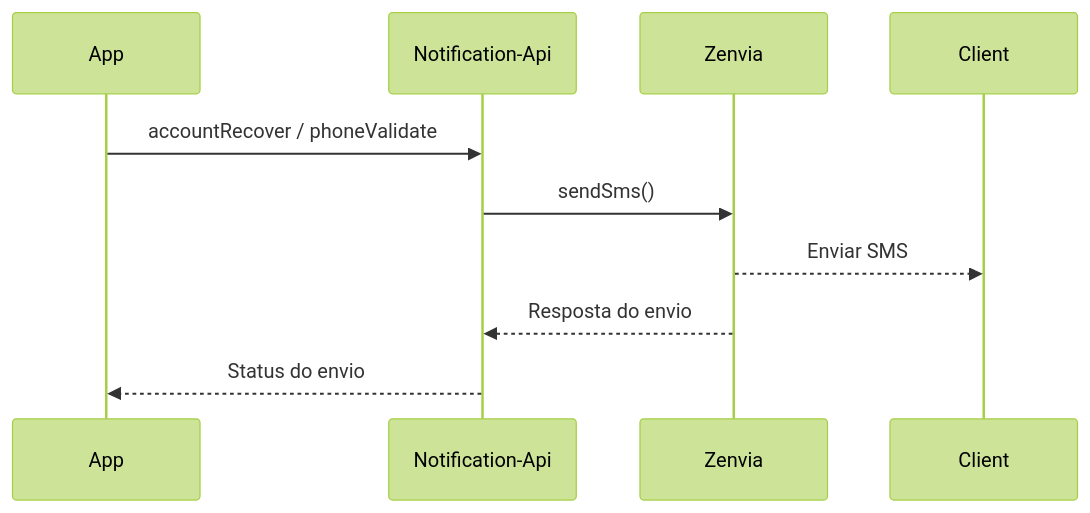
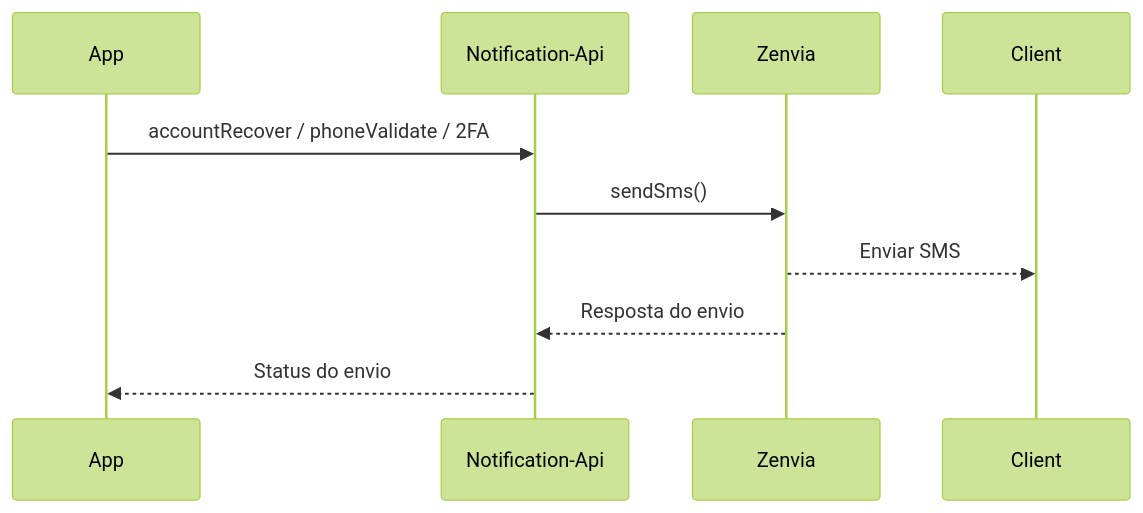
Before and after one commit to leodoima/notification-api: the diagram in README.md, drawn with Mermaid (forest theme).

````diff
--- a/README.md
+++ b/README.md
@@ -9,8 +9,8 @@
 ```mermaid
 sequenceDiagram
-App ->> Notification-Api: accountRecover / phoneValidate
+App ->> Notification-Api: accountRecover / phoneValidate / 2FA
 Notification-Api->>Zenvia: sendSms()
 Zenvia-->> Client: Enviar SMS
 Zenvia-->> Notification-Api: Resposta do envio
 Notification-Api -->> App: Status do envio
 ```
````
